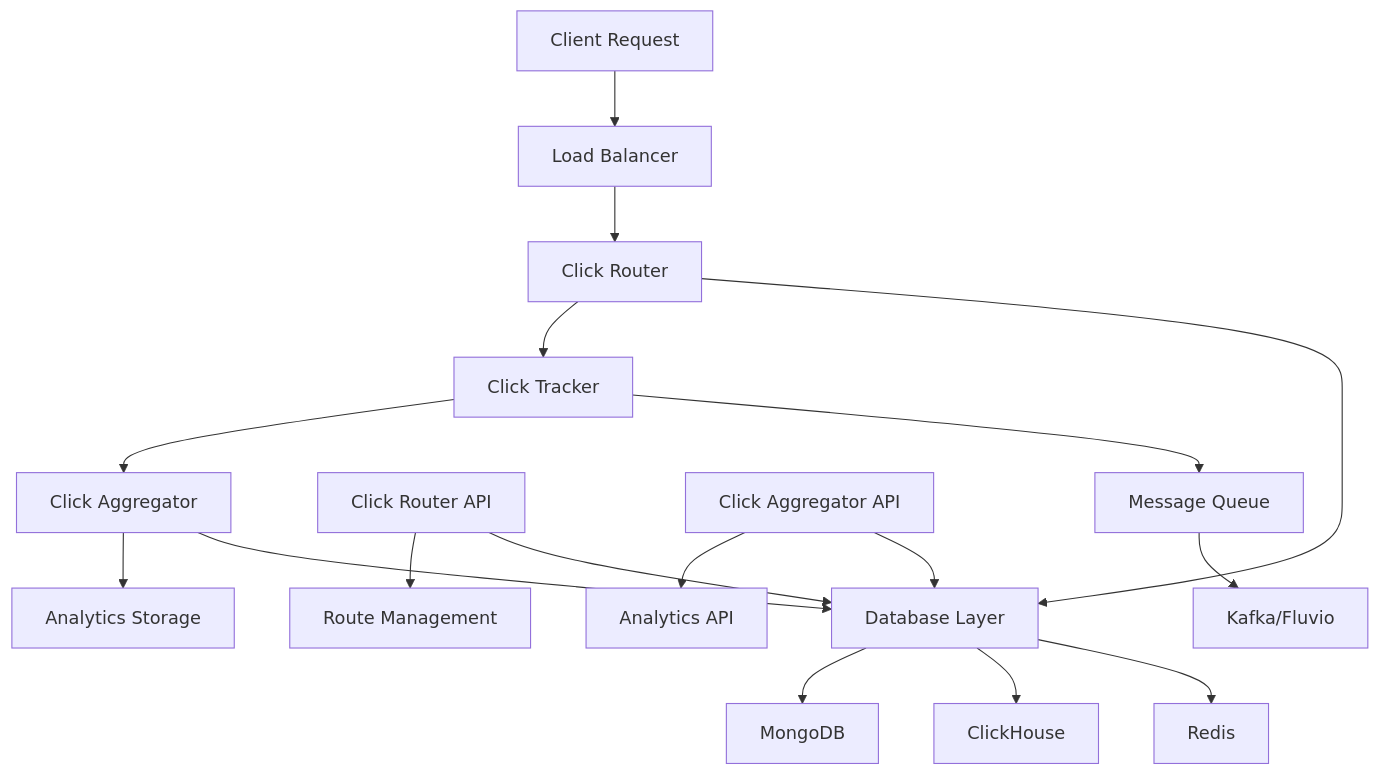
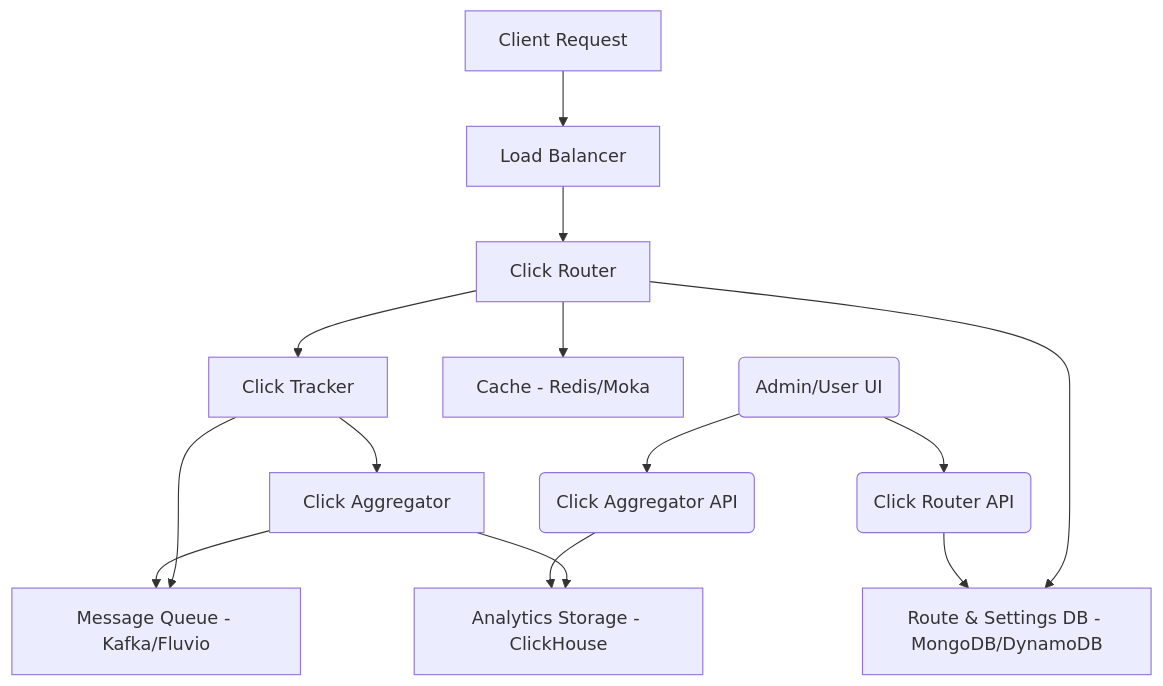
Before and after one commit to FlyingCow/shortas: the diagram in docs/architecture/index.md, drawn with Mermaid. The commit also changed other lines of this file and 25 other files, not shown here.

````diff
--- a/docs/architecture/index.md
+++ b/docs/architecture/index.md
@@ -16,23 +16,16 @@
 ```mermaid
 graph TB
     A[Client Request] --> B[Load Balancer]
     B --> C[Click Router]
     C --> D[Click Tracker]
     D --> E[Click Aggregator]
-    E --> F[Analytics Storage]
-    
-    G[Click Router API] --> H[Route Management]
-    I[Click Aggregator API] --> J[Analytics API]
-    
-    K[Database Layer] --> L[MongoDB]
-    K --> M[ClickHouse]
-    K --> N[Redis]
-    
-    O[Message Queue] --> P[Kafka/Fluvio]
-    
-    C --> K
-    D --> O
-    E --> K
-    G --> K
-    I --> K
+    E --> F[Analytics Storage - ClickHouse]
+    C --> G[Route & Settings DB - MongoDB/DynamoDB]
+    C --> H[Cache - Redis/Moka]
+    D --> I[Message Queue - Kafka/Fluvio]
+    E --> I
+    J(Click Router API) --> G
+    K(Click Aggregator API) --> F
+    L(Admin/User UI) --> J
+    L --> K
 ```
````
